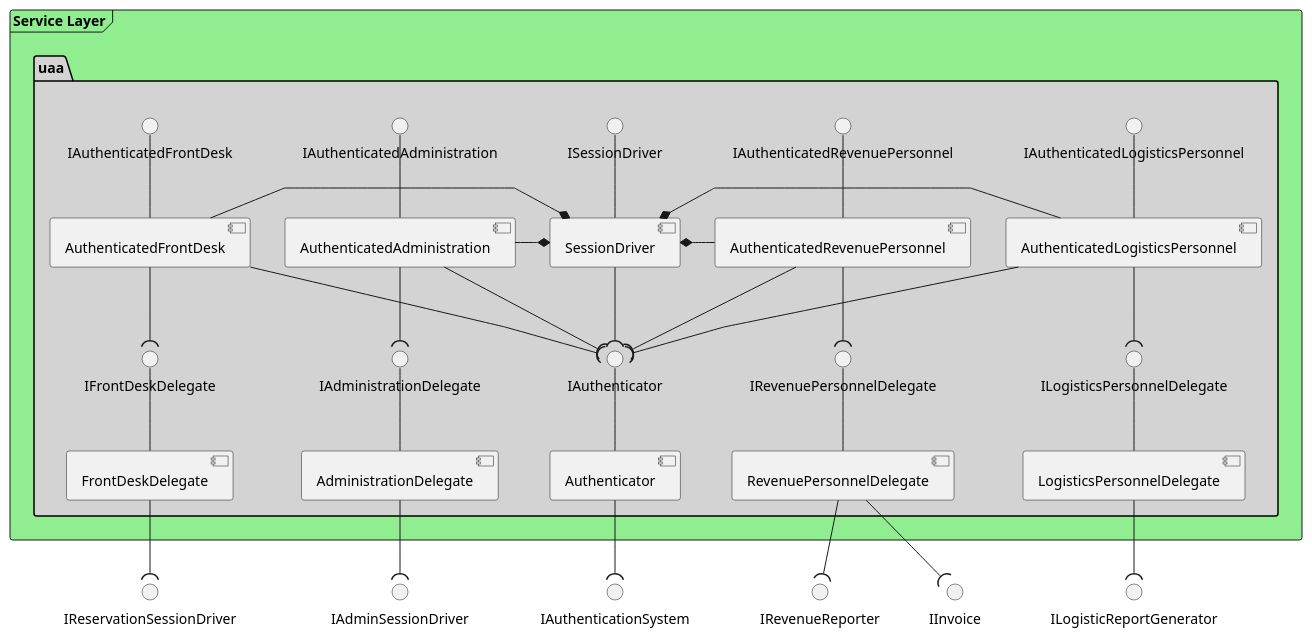
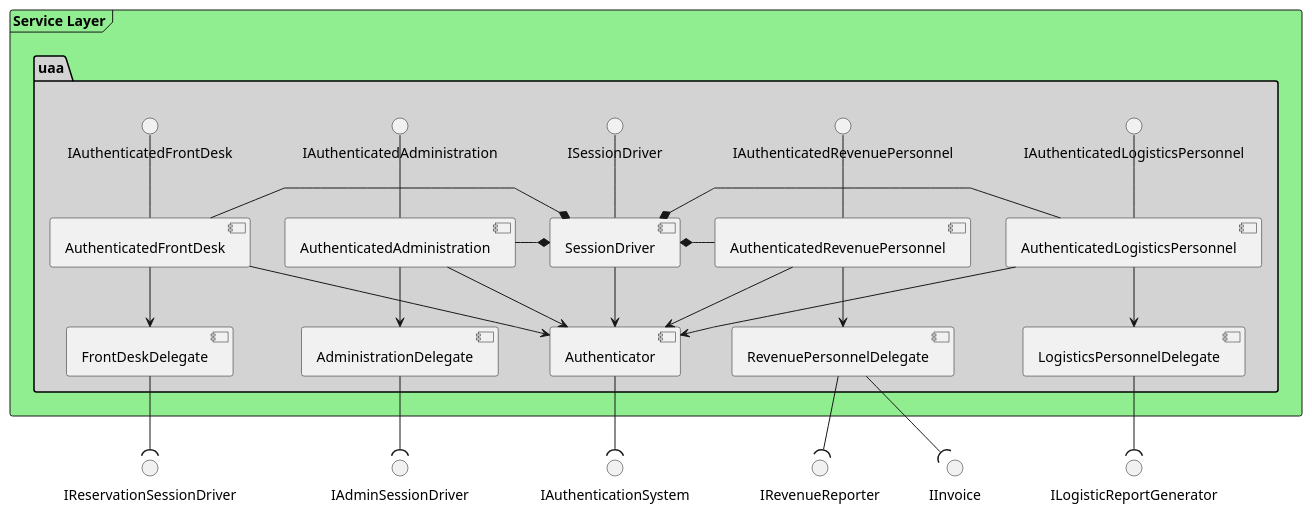
The diagram in docs/uml/architecture/uaa.puml (BBKbeam/mtRooms), drawn with PlantUML before and after one commit. The commit also changed 11 other files, not shown here.

Commit message:
[uml] Updates and cleanup on component diagrams.

```diff
--- a/docs/uml/architecture/uaa.puml
+++ b/docs/uml/architecture/uaa.puml
@@ -1,55 +1,55 @@
 @startuml
 
 'skinparam linetype ortho
 skinparam linetype polyline
 'skinparam monochrome true
 
 skinparam package {
     backgroundColor lightgrey
 }
 
 frame "Service Layer" #lightgreen {
     package "uaa" {
         ISessionDriver -- [SessionDriver]
-        IAuthenticator -- [Authenticator]
-        IFrontDeskDelegate -- [FrontDeskDelegate]
+        [Authenticator]
+        [FrontDeskDelegate]
         IAuthenticatedFrontDesk -- [AuthenticatedFrontDesk]
-        IAdministrationDelegate -- [AdministrationDelegate]
+        [AdministrationDelegate]
         IAuthenticatedAdministration -- [AuthenticatedAdministration]
-        IRevenuePersonnelDelegate -- [RevenuePersonnelDelegate]
+        [RevenuePersonnelDelegate]
         IAuthenticatedRevenuePersonnel -- [AuthenticatedRevenuePersonnel]
-        ILogisticsPersonnelDelegate -- [LogisticsPersonnelDelegate]
+        [LogisticsPersonnelDelegate]
         IAuthenticatedLogisticsPersonnel -- [AuthenticatedLogisticsPersonnel]
 
-        AuthenticatedFrontDesk --( IAuthenticator
-        AuthenticatedFrontDesk --( IFrontDeskDelegate
-        SessionDriver --( IAuthenticator
-        AuthenticatedAdministration --( IAuthenticator
-        AuthenticatedAdministration --( IAdministrationDelegate
-        AuthenticatedLogisticsPersonnel --( IAuthenticator
-        AuthenticatedLogisticsPersonnel --( ILogisticsPersonnelDelegate
-        AuthenticatedRevenuePersonnel --( IAuthenticator
-        AuthenticatedRevenuePersonnel --( IRevenuePersonnelDelegate
+        AuthenticatedFrontDesk --> Authenticator
+        AuthenticatedFrontDesk --> FrontDeskDelegate
+        SessionDriver --> Authenticator
+        AuthenticatedAdministration --> Authenticator
+        AuthenticatedAdministration --> AdministrationDelegate
+        AuthenticatedLogisticsPersonnel --> Authenticator
+        AuthenticatedLogisticsPersonnel --> LogisticsPersonnelDelegate
+        AuthenticatedRevenuePersonnel --> Authenticator
+        AuthenticatedRevenuePersonnel --> RevenuePersonnelDelegate
 
         SessionDriver *- AuthenticatedFrontDesk
         SessionDriver *- AuthenticatedAdministration
         SessionDriver *- AuthenticatedRevenuePersonnel
         SessionDriver *- AuthenticatedLogisticsPersonnel
     }
 }
 
 '##---------------------------------##
 '## Service to Business Logic Layer ##
 '##---------------------------------##
 AdministrationDelegate --( IAdminSessionDriver
 
 Authenticator --( IAuthenticationSystem
 
 FrontDeskDelegate --( IReservationSessionDriver
 
 RevenuePersonnelDelegate --( IRevenueReporter
 RevenuePersonnelDelegate --( IInvoice
 
 LogisticsPersonnelDelegate --( ILogisticReportGenerator
 
 @enduml
```
